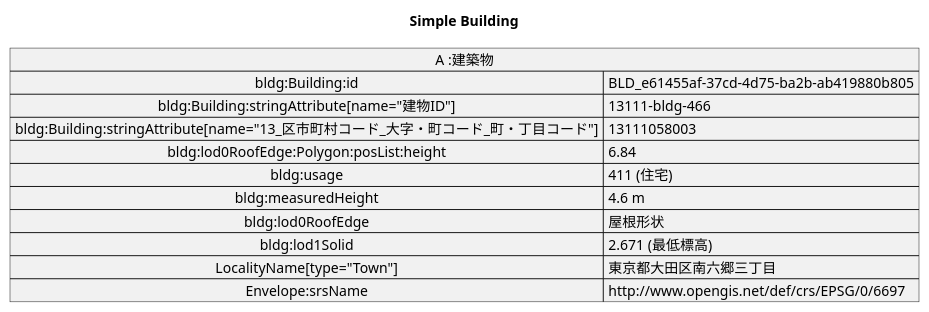
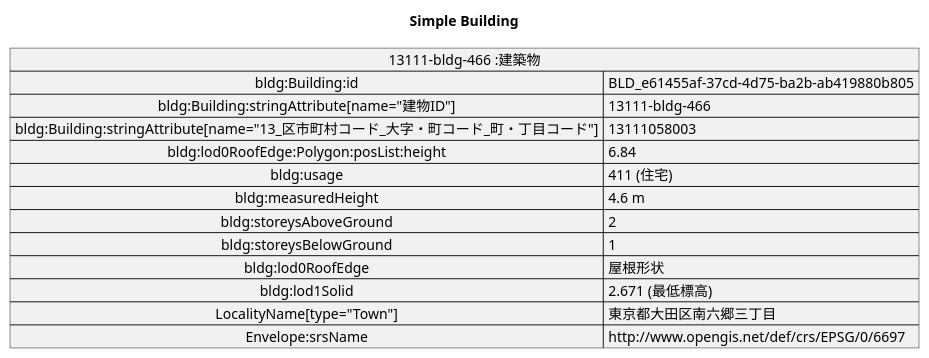
One commit to yuuhayashi/citygml-osm changed the diagram in doc/building/sample-a/sample-a-A-gml.pu. Above: the diagram before and after it, drawn with PlantUML. The commit also changed 5 other files, not shown here.

```diff
--- a/doc/building/sample-a/sample-a-A-gml.pu
+++ b/doc/building/sample-a/sample-a-A-gml.pu
@@ -1,15 +1,17 @@
 @startuml
 title Simple Building
-map "A :建築物" as A {
+map "13111-bldg-466 :建築物" as A {
  bldg:Building:id => BLD_e61455af-37cd-4d75-ba2b-ab419880b805
  bldg:Building:stringAttribute[name="建物ID"] => 13111-bldg-466
  bldg:Building:stringAttribute[name="13_区市町村コード_大字・町コード_町・丁目コード"] => 13111058003
  bldg:lod0RoofEdge:Polygon:posList:height => 6.84
  bldg:usage => 411 (住宅)
  bldg:measuredHeight => 4.6 m
+ bldg:storeysAboveGround => 2
+ bldg:storeysBelowGround => 1
  bldg:lod0RoofEdge => 屋根形状
  bldg:lod1Solid => 2.671 (最低標高)
  LocalityName[type="Town"] => 東京都大田区南六郷三丁目
  Envelope:srsName => http://www.opengis.net/def/crs/EPSG/0/6697
 }
 @enduml
```
